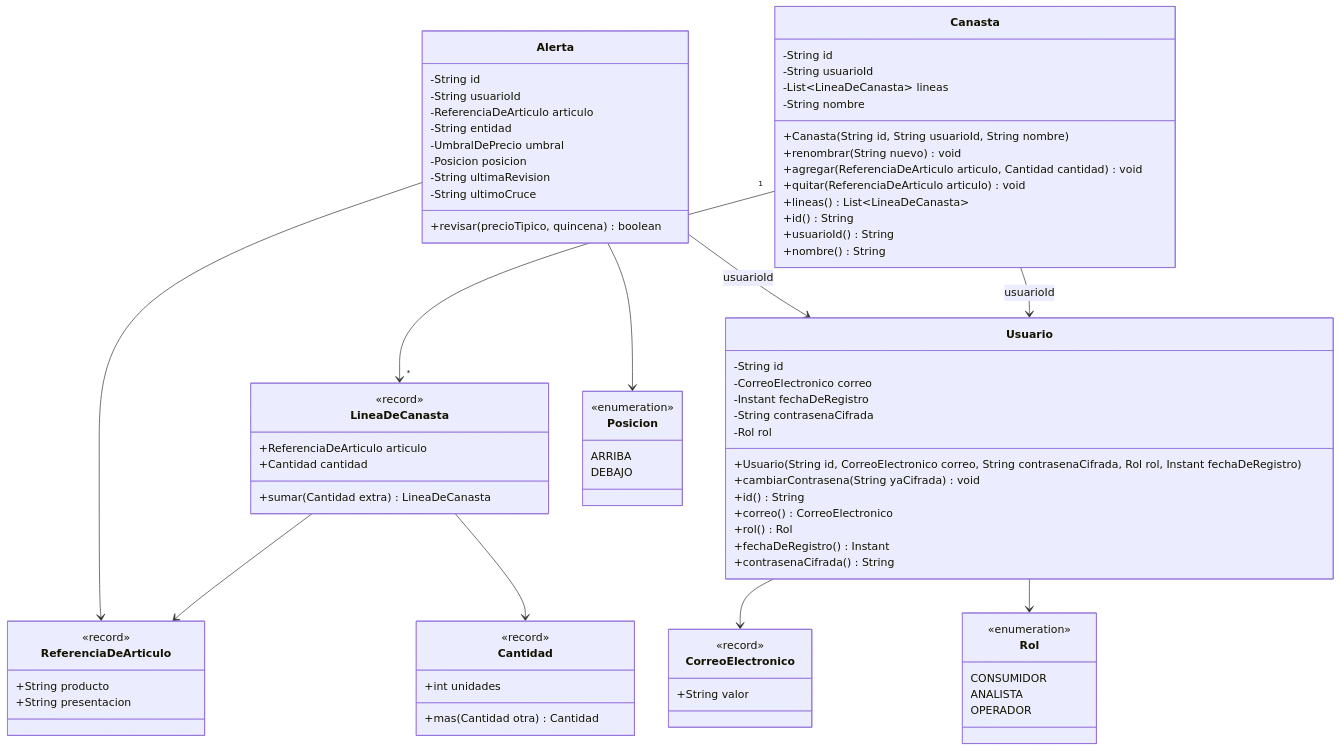
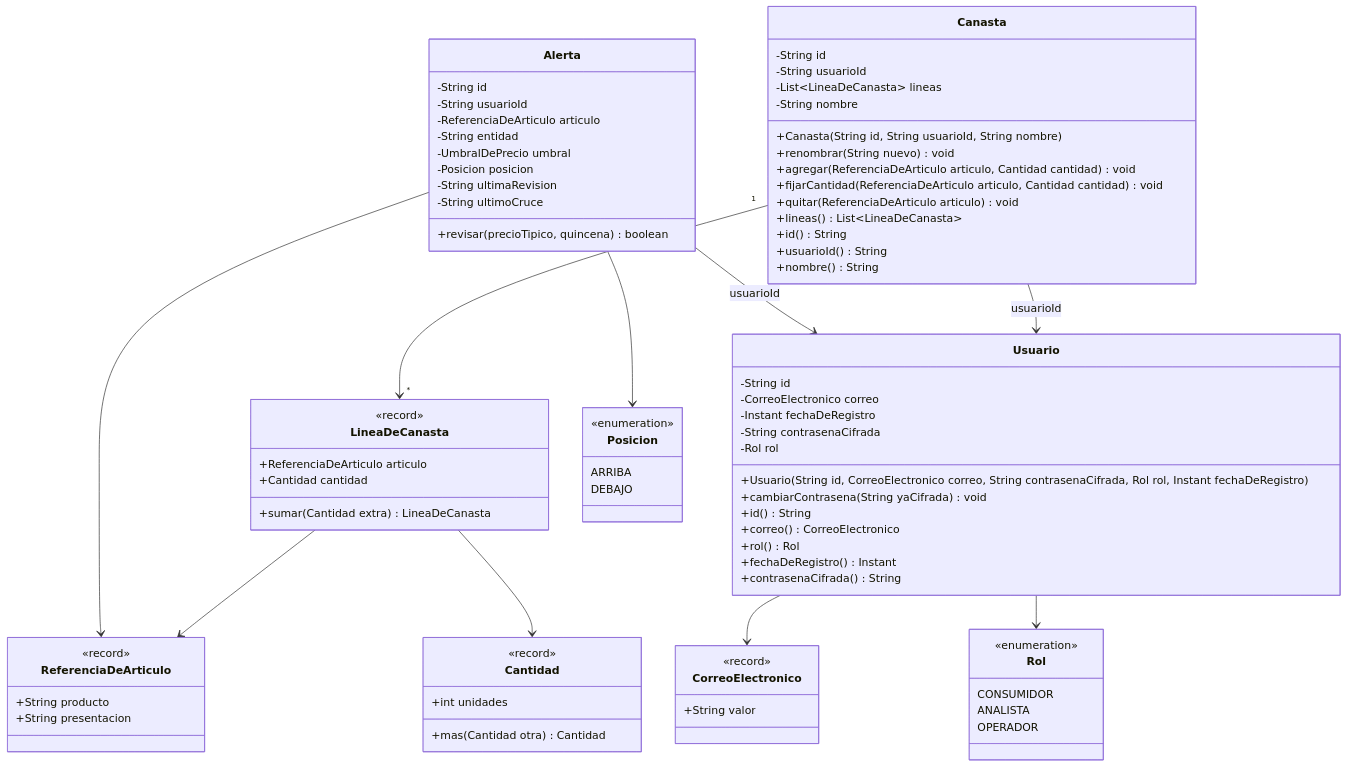
Before and after one commit to arik36/canastamx: the diagram in docs/analisis/modelo-dominio.md, drawn with Mermaid. The commit also changed 19 other files, not shown here.

```diff
--- a/docs/analisis/modelo-dominio.md
+++ b/docs/analisis/modelo-dominio.md
@@ -152,6 +152,7 @@
         +Canasta(String id, String usuarioId, String nombre)
         +renombrar(String nuevo) void
         +agregar(ReferenciaDeArticulo articulo, Cantidad cantidad) void
+        +fijarCantidad(ReferenciaDeArticulo articulo, Cantidad cantidad) void
         +quitar(ReferenciaDeArticulo articulo) void
         +lineas() List~LineaDeCanasta~
         +id() String
```
